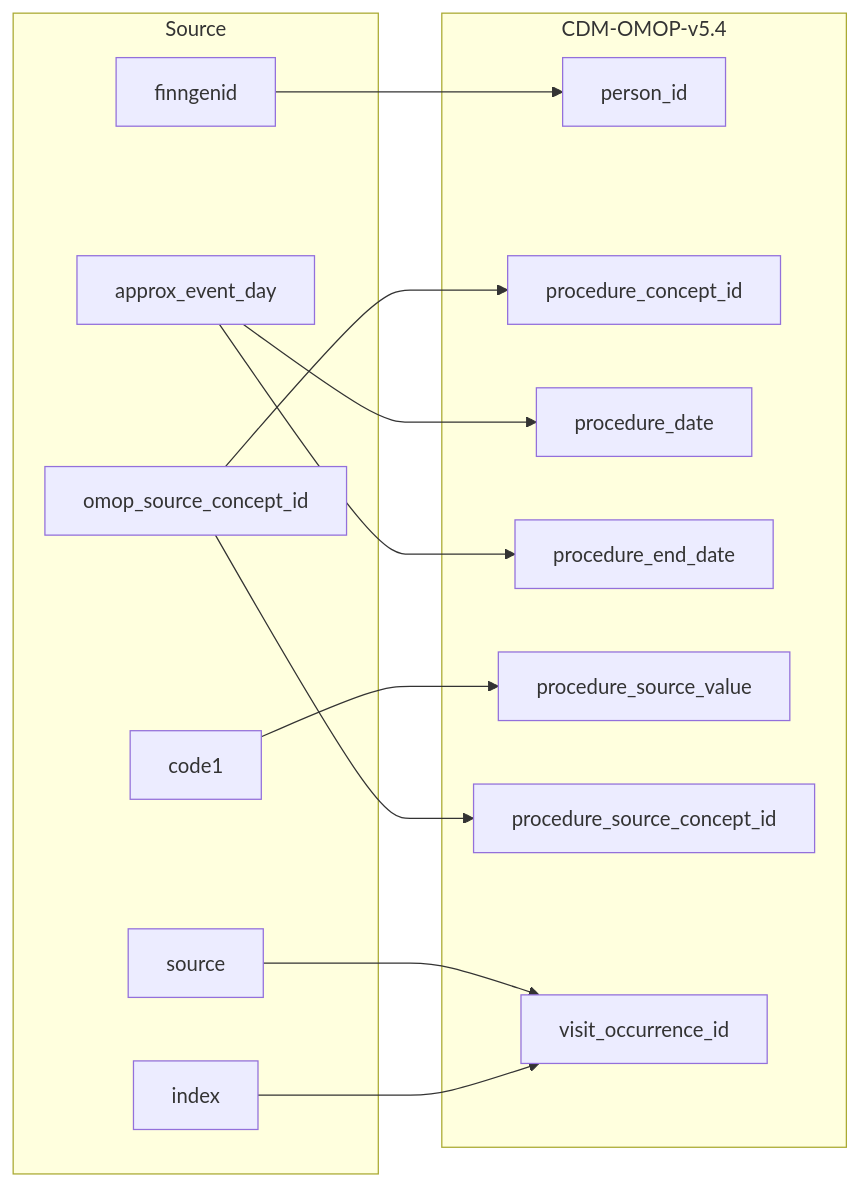
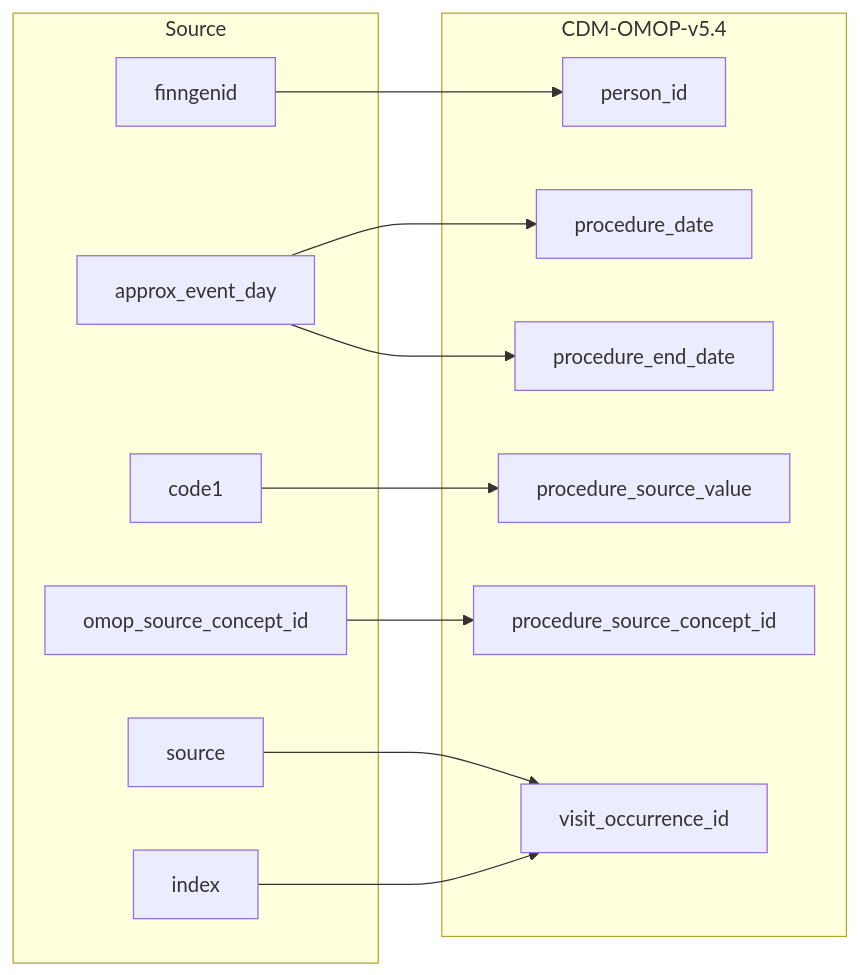
The diagram in 2_etl_specifications/documentation/procedure_occurrence.md (FINNGEN/ETL), drawn with Mermaid before and after one commit. The commit also changed other lines of this file and 10 other files, not shown here.

````diff
--- a/2_etl_specifications/documentation/procedure_occurrence.md
+++ b/2_etl_specifications/documentation/procedure_occurrence.md
@@ -5,30 +5,28 @@
 ```mermaid
 flowchart LR
     subgraph Source
         finngenid
         source
         approx_event_day
         code1
         index
         omop_source_concept_id
     end
 
     subgraph CDM-OMOP-v5.4
         person_id
-        procedure_concept_id
         procedure_date
         procedure_end_date
         procedure_source_value
         procedure_source_concept_id
         visit_occurrence_id
     end
 
     finngenid-->person_id
-    omop_source_concept_id-->procedure_concept_id
     approx_event_day-->procedure_date
     approx_event_day-->procedure_end_date
     source-->visit_occurrence_id
     index-->visit_occurrence_id
     code1-->procedure_source_value
     omop_source_concept_id-->procedure_source_concept_id
 ```
````
